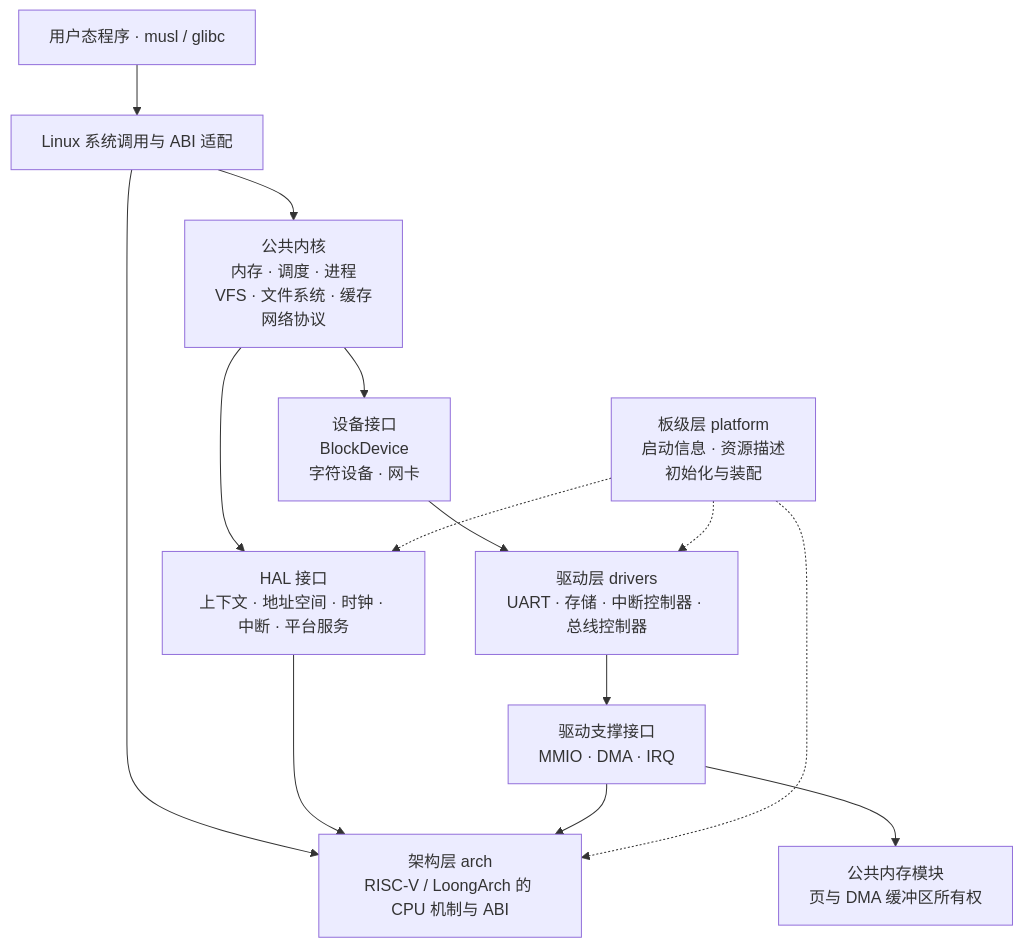
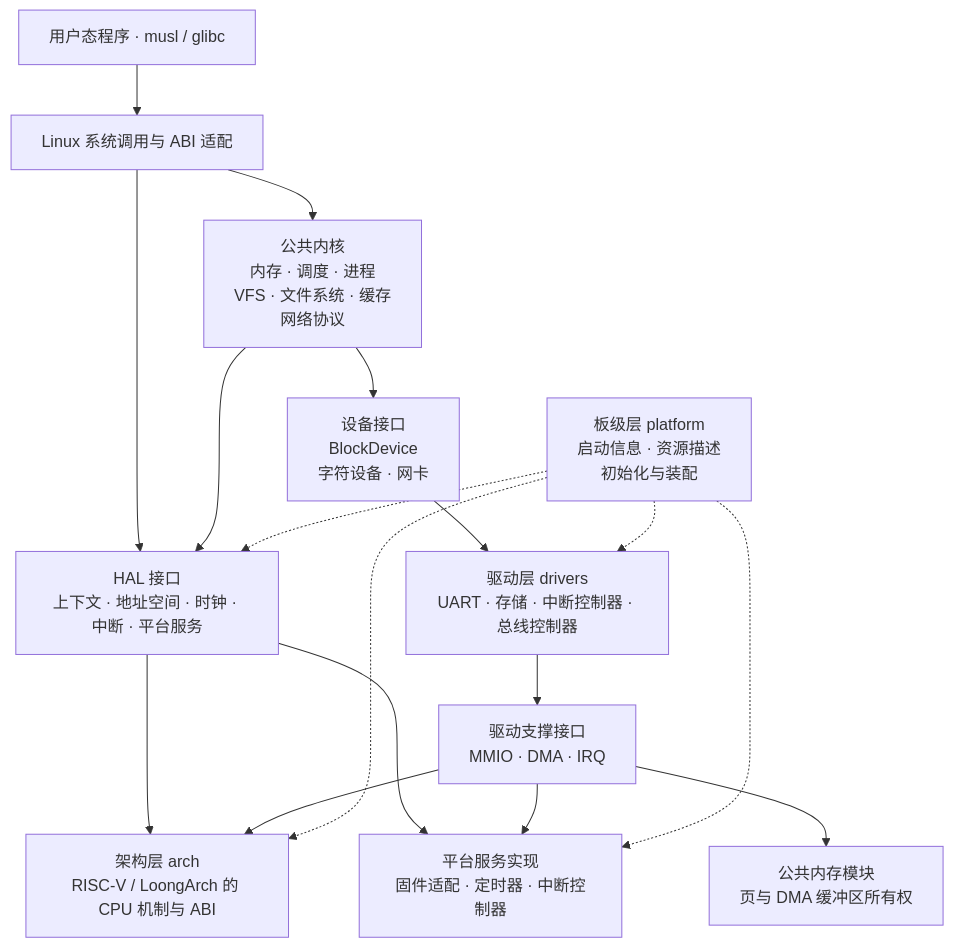
The diagram in docs/architecture.md (ApolloMonasa/Focos-contrib), drawn with Mermaid before and after one commit. The commit also changed other lines of this file and 6 other files, not shown here.

````diff
--- a/docs/architecture.md
+++ b/docs/architecture.md
@@ -9,28 +9,32 @@
 ```mermaid
 flowchart TB
     accTitle: FocOS 多架构与多平台职责
     accDescr: 公共内核通过 HAL 和设备接口使用架构及驱动实现，板级层负责启动资源和装配。
     USER["用户态程序 · musl / glibc"]
     ABI["Linux 系统调用与 ABI 适配"]
     CORE["公共内核<br/>内存 · 调度 · 进程<br/>VFS · 文件系统 · 缓存<br/>网络协议"]
     HAL["HAL 接口<br/>上下文 · 地址空间 · 时钟 · 中断 · 平台服务"]
     DEV["设备接口<br/>BlockDevice<br/>字符设备 · 网卡"]
     ARCH["架构层 arch<br/>RISC-V / LoongArch 的 CPU 机制与 ABI"]
     DRV["驱动层 drivers<br/>UART · 存储 · 中断控制器 · 总线控制器"]
     PLAT["板级层 platform<br/>启动信息 · 资源描述<br/>初始化与装配"]
     USER --> ABI
     ABI --> CORE
-    ABI --> ARCH
+    ABI --> HAL
     CORE --> HAL
     CORE --> DEV
     HAL --> ARCH
     DEV --> DRV
+    SERVICE["平台服务实现<br/>固件适配 · 定时器 · 中断控制器"]
+    HAL --> SERVICE
     SUPPORT["驱动支撑接口<br/>MMIO · DMA · IRQ"]
     MEMORY["公共内存模块<br/>页与 DMA 缓冲区所有权"]
     DRV --> SUPPORT
     SUPPORT --> ARCH
     SUPPORT --> MEMORY
+    SUPPORT --> SERVICE
     PLAT -.-> ARCH
     PLAT -.-> DRV
     PLAT -.-> HAL
+    PLAT -.-> SERVICE
 ```
````
